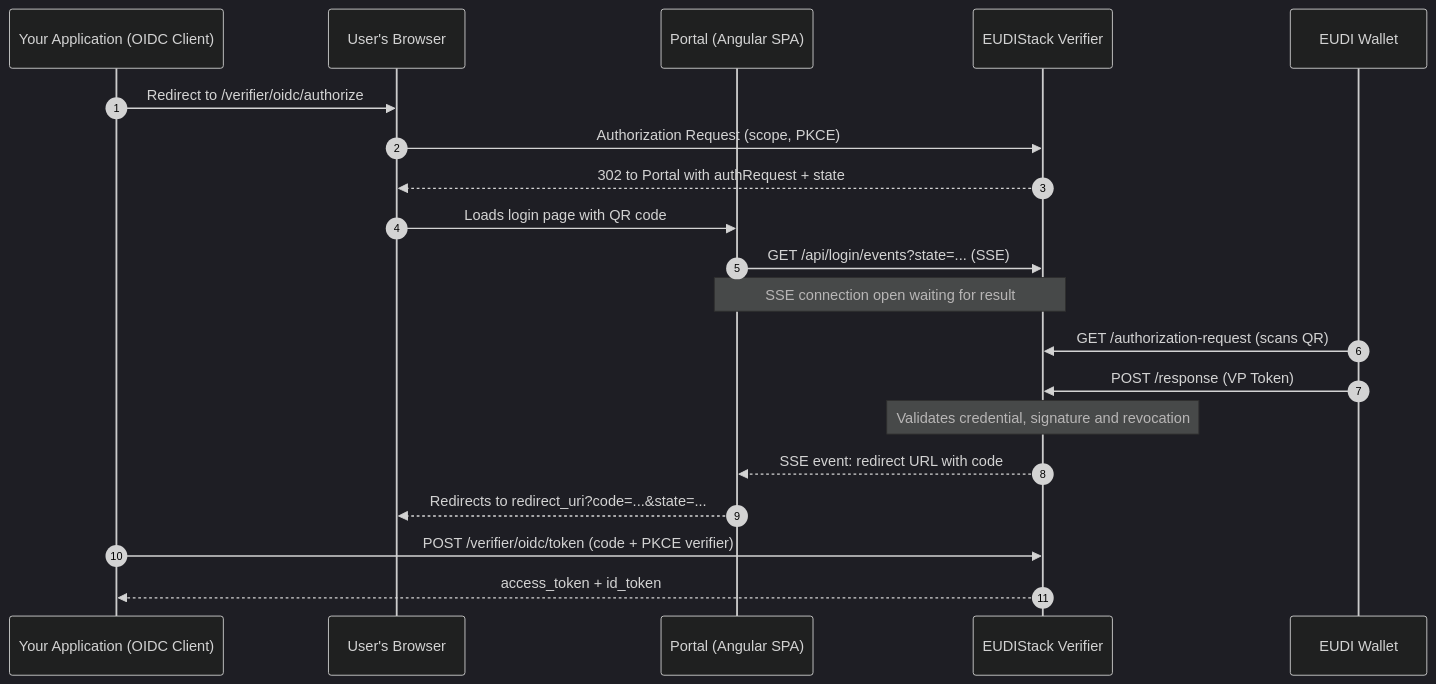
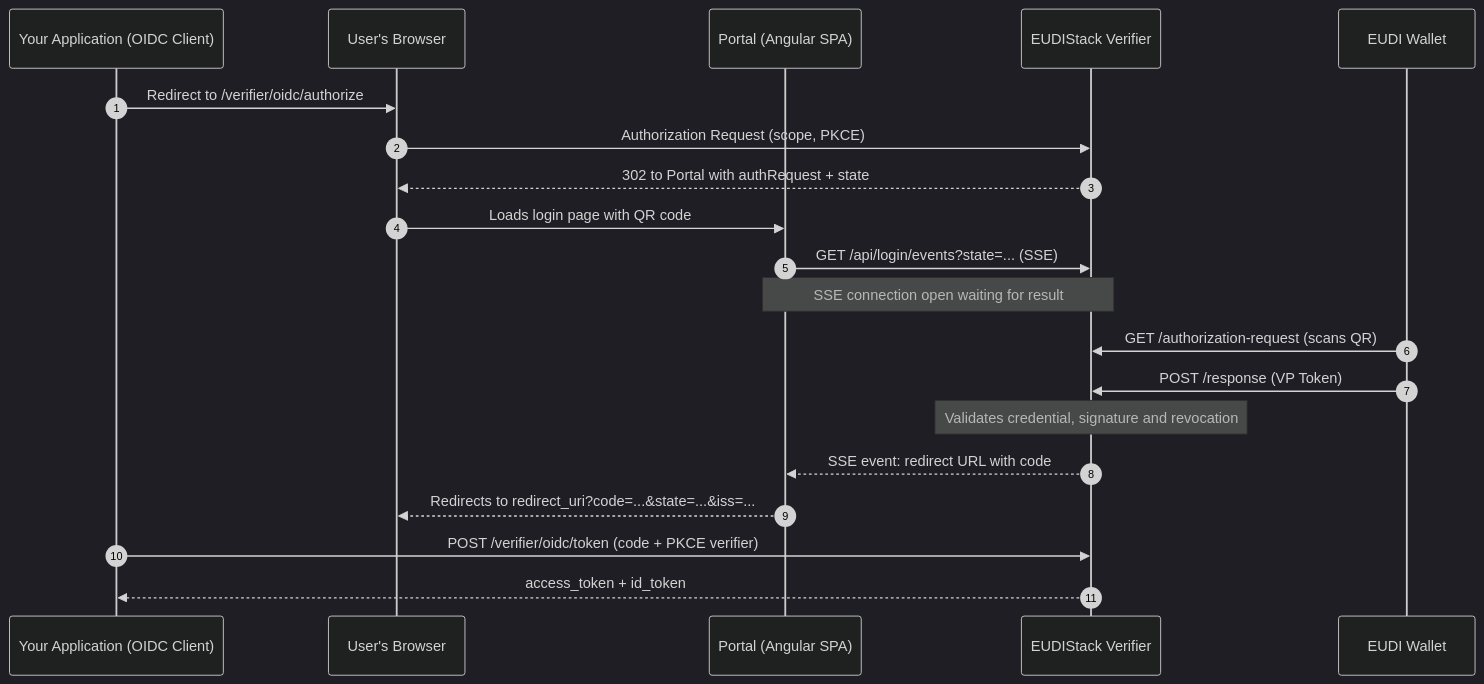
Before and after one commit to in2workspace/eudistack-platform-docs: the diagram in docs/developers/guides/oidc-idp.en.md, drawn with Mermaid (dark theme). The commit also changed other lines of this file and 9 other files, not shown here.

````diff
--- a/docs/developers/guides/oidc-idp.en.md
+++ b/docs/developers/guides/oidc-idp.en.md
@@ -38,27 +38,27 @@
 ```mermaid
 sequenceDiagram
     autonumber
     participant App as Your Application (OIDC Client)
     participant Browser as User's Browser
     participant Portal as Portal (Angular SPA)
     participant Verifier as EUDIStack Verifier
     participant Wallet as EUDI Wallet
 
     App->>Browser: Redirect to /verifier/oidc/authorize
     Browser->>Verifier: Authorization Request (scope, PKCE)
     Verifier-->>Browser: 302 to Portal with authRequest + state
     Browser->>Portal: Loads login page with QR code
 
     Portal->>Verifier: GET /api/login/events?state=... (SSE)
     Note over Portal,Verifier: SSE connection open waiting for result
 
     Wallet->>Verifier: GET /authorization-request (scans QR)
     Wallet->>Verifier: POST /response (VP Token)
     Note over Verifier: Validates credential, signature and revocation
 
     Verifier-->>Portal: SSE event: redirect URL with code
-    Portal-->>Browser: Redirects to redirect_uri?code=...&state=...
+    Portal-->>Browser: Redirects to redirect_uri?code=...&state=...&iss=...
 
     App->>Verifier: POST /verifier/oidc/token (code + PKCE verifier)
     Verifier-->>App: access_token + id_token
 ```
````
